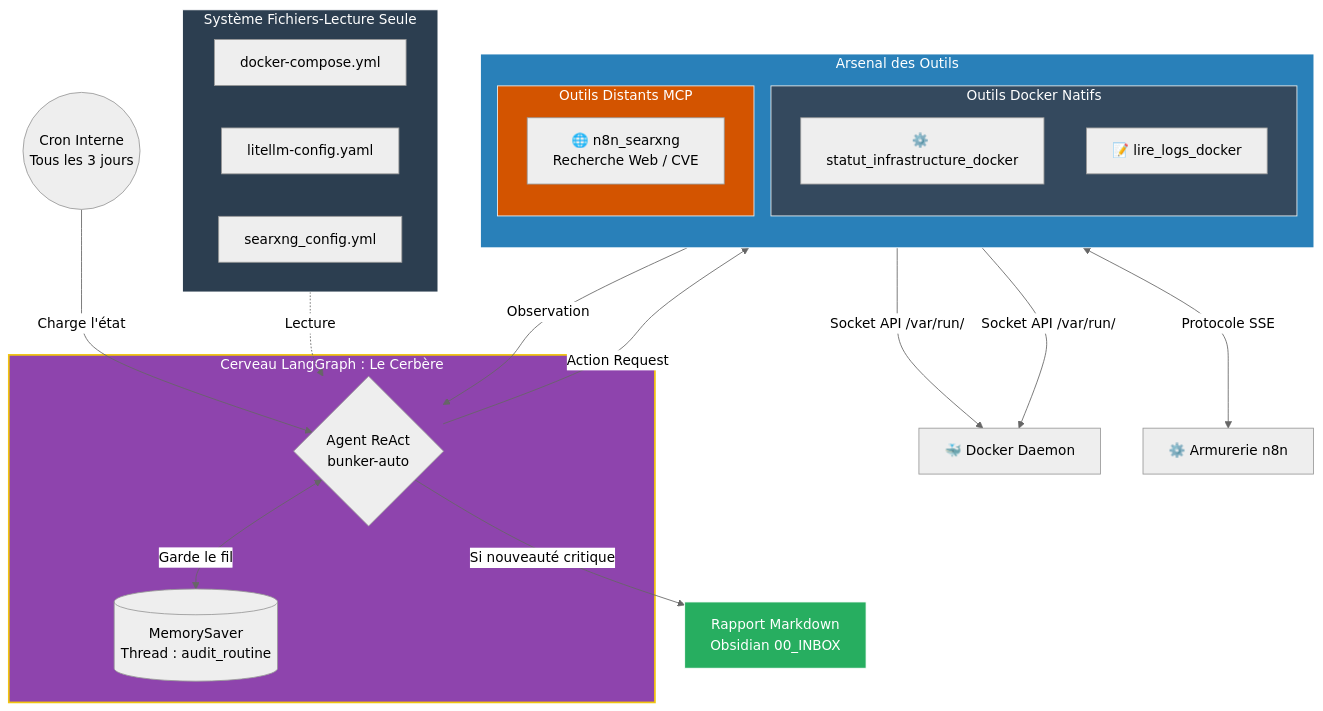
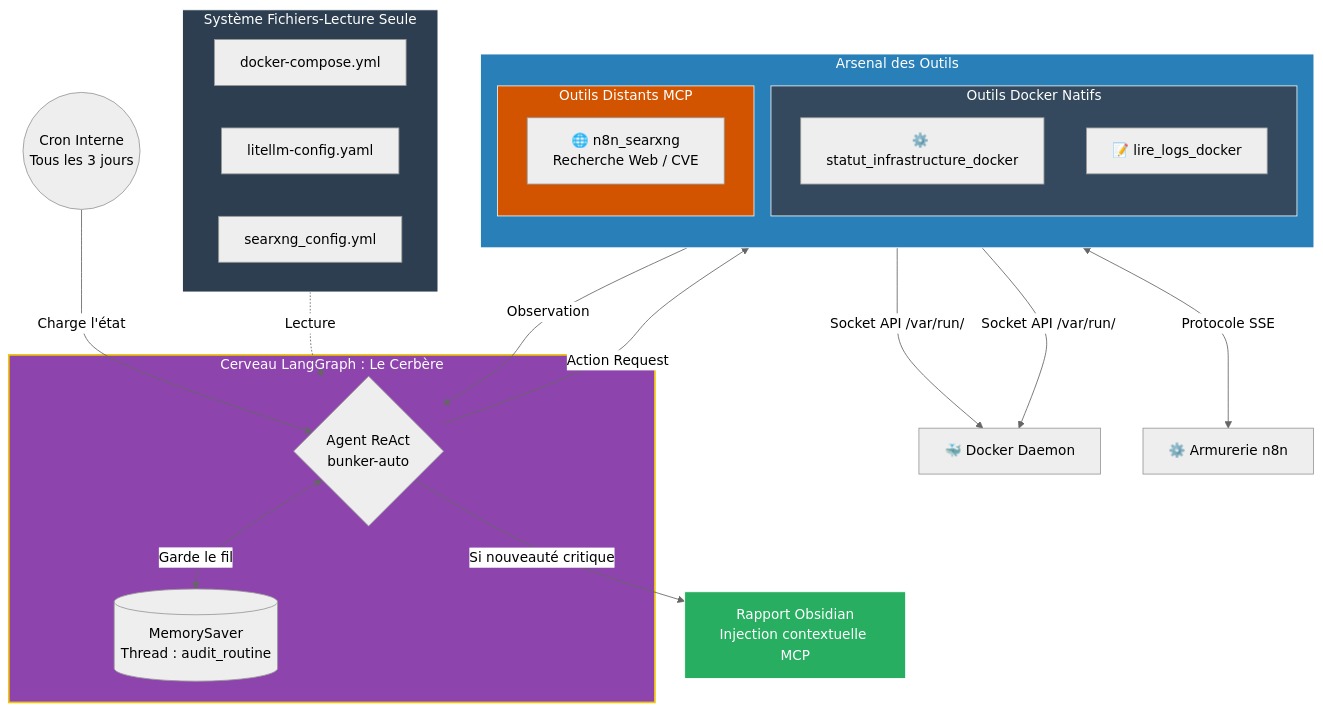
One commit to ORIORIS-FR/ORIORIS-Blueprints changed the second of 2 diagrams in README.md. Above: the diagram before and after it, drawn with Mermaid (neutral theme). The commit also changed other lines of this file, not shown here.

````diff
--- a/README.md
+++ b/README.md
@@ -61,51 +61,51 @@
 ```mermaid
 graph TD
     %% --- Déclencheur & Contexte ---
     subgraph Contexte [Système Fichiers-Lecture Seule]
         A1[docker-compose.yml]
         A2[litellm-config.yaml]
         A3[searxng_config.yml]
     end
 
     Trigger((Cron Interne<br>Tous les 3 jours)) -->|Charge l'état| Core
 
     %% --- Moteur LangGraph ---
     subgraph LangGraph [Cerveau LangGraph : Le Cerbère]
         Core{Agent ReAct<br>bunker-auto}
         Mem[(MemorySaver<br>Thread : audit_routine)]
         Core <-->|Garde le fil| Mem
     end
 
     Contexte -.->|Lecture| Core
 
     %% --- Arsenal d'Outils (Toolbox) ---
     subgraph Toolbox [Arsenal des Outils]
         direction TB
         subgraph Docker [Outils Docker Natifs]
             T1[⚙️ statut_infrastructure_docker]
             T2[📝 lire_logs_docker]
         end
         subgraph MCP [Outils Distants MCP]
             T3[🌐 n8n_searxng<br>Recherche Web / CVE]
         end
     end
 
     %% Boucle de Raisonnement
     Core -->|Action Request| Toolbox
     Toolbox -->|Observation| Core
 
     %% --- Intégrations Physiques ---
     T1 & T2 -->|Socket API /var/run/| D[🐳 Docker Daemon]
     T3 <-->|Protocole SSE| N[⚙️ Armurerie n8n]
 
     %% --- Sortie ---
-    Core -->|Si nouveauté critique| Out[Rapport Markdown<br>Obsidian 00_INBOX]
+    Core -->|Si nouveauté critique| Out[Rapport Obsidian<br>Injection contextuelle MCP]
 
     %% --- Styles ---
     style Contexte fill:#2c3e50,stroke:#fff,color:#fff
     style LangGraph fill:#8e44ad,stroke:#f1c40f,stroke-width:2px,color:#fff
     style Toolbox fill:#2980b9,stroke:#fff,color:#fff
     style Docker fill:#34495e,stroke:#ecf0f1,color:#fff
     style MCP fill:#d35400,stroke:#ecf0f1,color:#fff
     style Out fill:#27ae60,stroke:#fff,color:#fff
 ```
````
